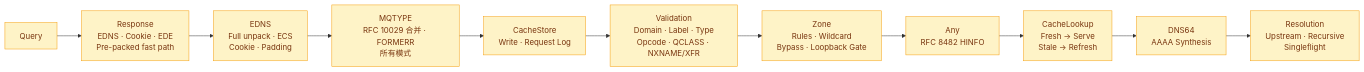
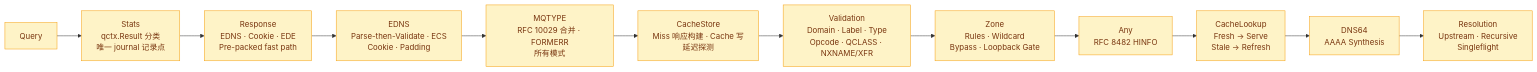
One commit to hezhijie0327/ZJDNS changed the fourth of 36 diagrams in docs/FLOWCHARTS.md. Above: the diagram before and after it, drawn with Mermaid. The commit also changed other lines of this file and 8 other files, not shown here.

````diff
--- a/docs/FLOWCHARTS.md
+++ b/docs/FLOWCHARTS.md
@@ -114,16 +114,17 @@
 ```mermaid
 graph LR
-    Q[Query] --> R[Response<br/>EDNS · Cookie · EDE<br/>Pre-packed fast path]
-    R --> E[EDNS<br/>Full unpack · ECS<br/>Cookie · Padding]
+    Q[Query] --> ST[Stats<br/>qctx.Result 分类<br/>唯一 journal 记录点]
+    ST --> R[Response<br/>EDNS · Cookie · EDE<br/>Pre-packed fast path]
+    R --> E[EDNS<br/>Parse-then-Validate · ECS<br/>Cookie · Padding]
     E --> MQ[MQTYPE<br/>RFC 10029 合并 · FORMERR<br/>所有模式]
-    MQ --> CS[CacheStore<br/>Write · Request Log]
+    MQ --> CS[CacheStore<br/>Miss 响应构建 · Cache 写<br/>延迟探测]
     CS --> V[Validation<br/>Domain · Label · Type<br/>Opcode · QCLASS · NXNAME/XFR]
     V --> Z[Zone<br/>Rules · Wildcard<br/>Bypass · Loopback Gate]
     Z --> A[Any<br/>RFC 8482 HINFO]
     A --> CL[CacheLookup<br/>Fresh → Serve<br/>Stale → Refresh]
     CL --> D64[DNS64<br/>AAAA Synthesis]
     D64 --> RE[Resolution<br/>Upstream · Recursive<br/>Singleflight]
     classDef mw fill:#fef3c7,stroke:#f59e0b,color:#78350f
     class Q mw
-    class R,E,MQ,CS,V,Z,A,CL,D64,RE mw
+    class ST,R,E,MQ,CS,V,Z,A,CL,D64,RE mw
 ```
````
